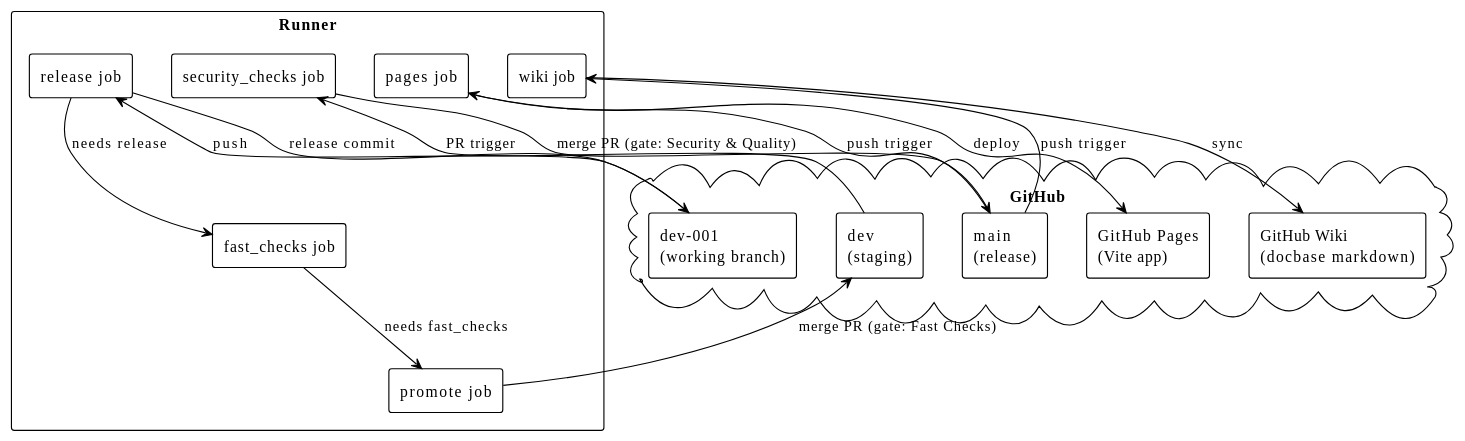
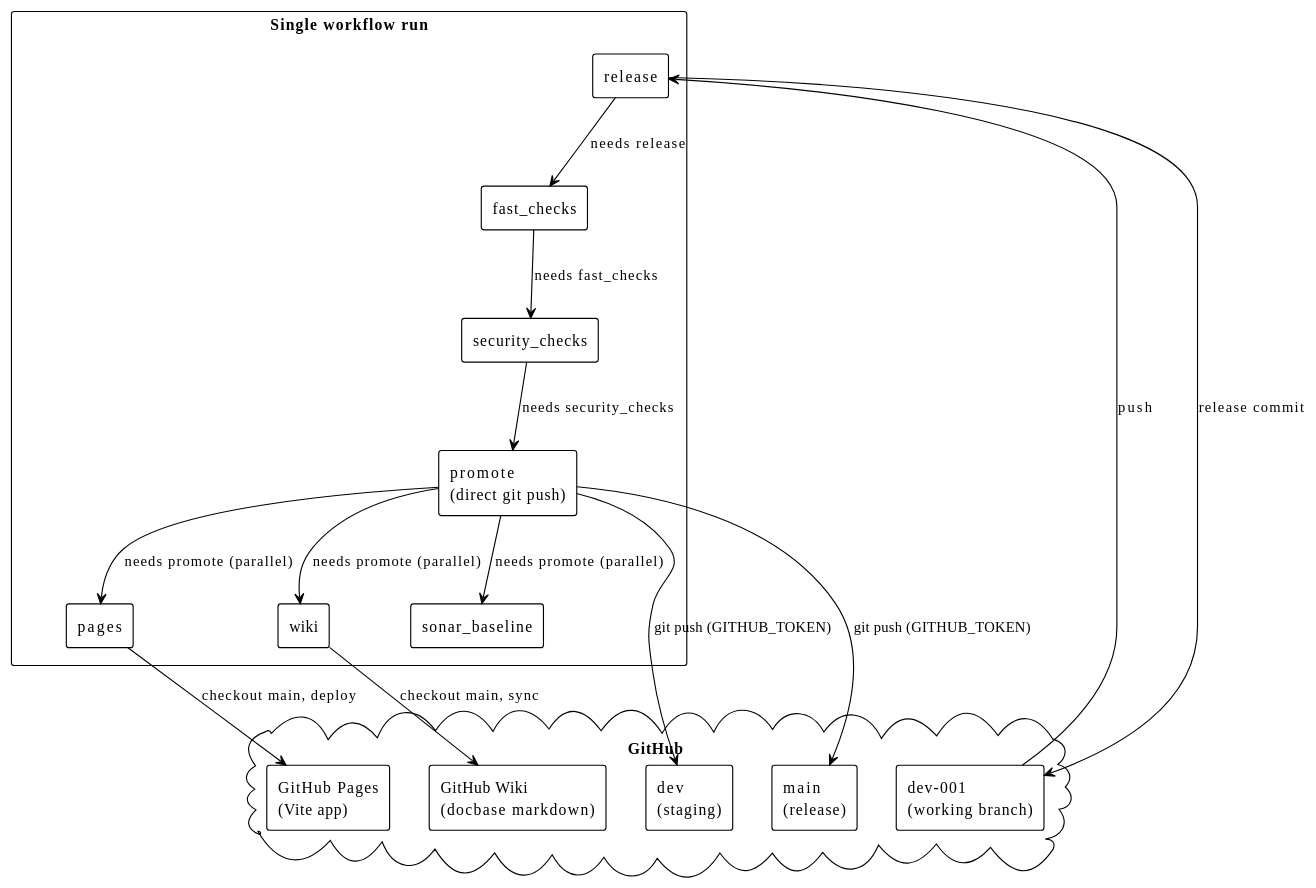
The fourth of 4 diagrams in docbase/docs/CICD-Pipeline.md (Mcc-Mak/opencode-sandbox-demo), drawn with PlantUML before and after one commit. The commit also changed other lines of this file and 4 other files, not shown here.

First line of the commit message:
feat: consolidate CI/CD to single workflow run + fix Dockerfile S6505 (0.8.0)

````diff
--- a/docbase/docs/CICD-Pipeline.md
+++ b/docbase/docs/CICD-Pipeline.md
@@ -130,35 +124,37 @@
 ```plantuml
 @startuml
 !theme plain
 skinparam componentStyle rectangle
 
 cloud "GitHub" as GH {
   rectangle "dev-001\n(working branch)" as dev001
   rectangle "dev\n(staging)" as dev
   rectangle "main\n(release)" as main
   rectangle "GitHub Pages\n(Vite app)" as pages
   rectangle "GitHub Wiki\n(docbase markdown)" as wiki
 }
 
-rectangle "Runner" as runner {
-  rectangle "release job" as rls
-  rectangle "fast_checks job" as fc
-  rectangle "promote job" as prom
-  rectangle "security_checks job" as sec
-  rectangle "pages job" as pg
-  rectangle "wiki job" as wk
+rectangle "Single workflow run" as runner {
+  rectangle "release" as rls
+  rectangle "fast_checks" as fc
+  rectangle "security_checks" as sec
+  rectangle "promote\n(direct git push)" as prom
+  rectangle "pages" as pg
+  rectangle "wiki" as wk
+  rectangle "sonar_baseline" as sb
 }
 
 dev001 --> rls : push
 rls --> dev001 : release commit
 rls --> fc : needs release
-fc --> prom : needs fast_checks
-prom --> dev : merge PR (gate: Fast Checks)
-dev --> sec : PR trigger
-sec --> main : merge PR (gate: Security & Quality)
-main --> pg : push trigger
-pg --> pages : deploy
-main --> wk : push trigger
-wk --> wiki : sync
+fc --> sec : needs fast_checks
+sec --> prom : needs security_checks
+prom --> dev : git push (GITHUB_TOKEN)
+prom --> main : git push (GITHUB_TOKEN)
+prom --> pg : needs promote (parallel)
+prom --> wk : needs promote (parallel)
+prom --> sb : needs promote (parallel)
+pg --> pages : checkout main, deploy
+wk --> wiki : checkout main, sync
 @enduml
 ```
````
